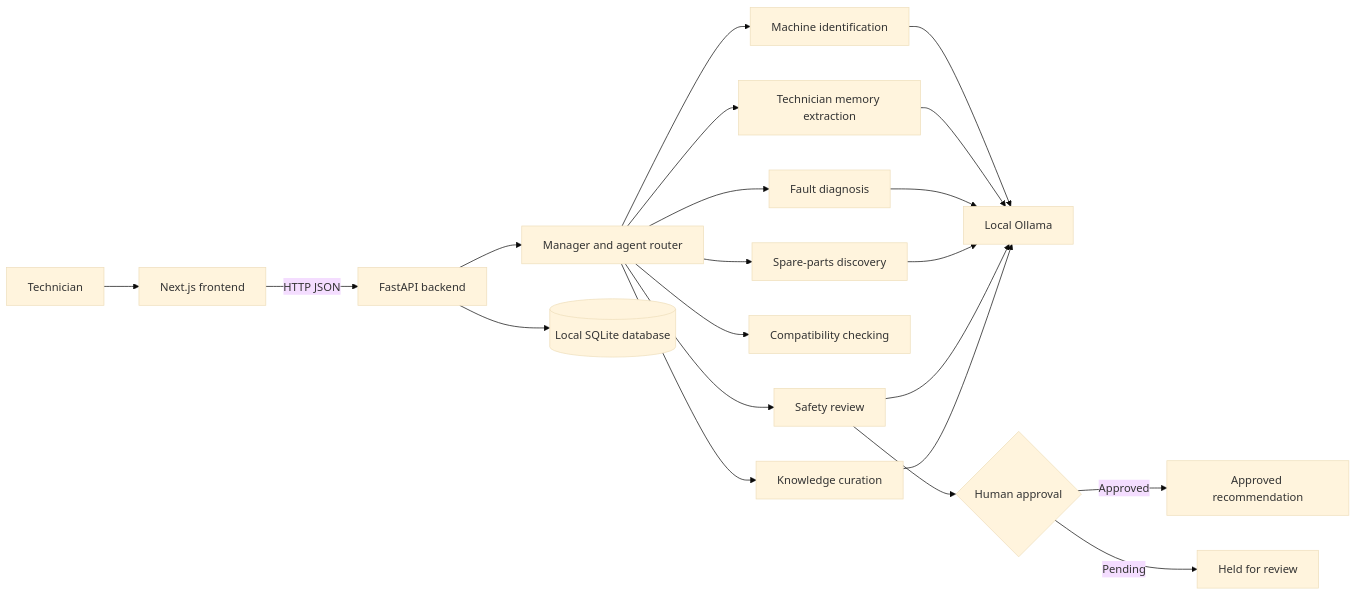
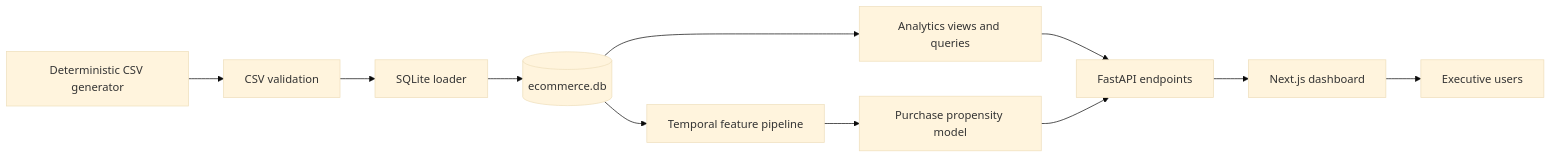
One commit to JasNahar/ecommerce-business-analytics changed the first of 2 diagrams in README.md. Above: the diagram before and after it, drawn with Mermaid (base theme). The commit also changed other lines of this file and 41 other files, not shown here.

````diff
--- a/README.md
+++ b/README.md
@@ -9,26 +13,13 @@
 ```mermaid
 flowchart LR
-    U[Technician] --> FE[Next.js frontend]
-    FE -->|HTTP JSON| API[FastAPI backend]
-    API --> M[Manager and agent router]
-
-    M --> I[Machine identification]
-    M --> T[Technician memory extraction]
-    M --> D[Fault diagnosis]
-    M --> P[Spare-parts discovery]
-    M --> C[Compatibility checking]
-    M --> S[Safety review]
-    M --> K[Knowledge curation]
-
-    I --> O[Local Ollama]
-    T --> O
-    D --> O
-    P --> O
-    S --> O
-    K --> O
-
-    API --> DB[(Local SQLite database)]
-    S --> H{Human approval}
-    H -->|Approved| R[Approved recommendation]
-    H -->|Pending| X[Held for review]
+  G[Deterministic CSV generator] --> V[CSV validation]
+  V --> L[SQLite loader]
+  L --> DB[(ecommerce.db)]
+  DB --> SQL[Analytics views and queries]
+  SQL --> API[FastAPI endpoints]
+  DB --> ML[Temporal feature pipeline]
+  ML --> M[Purchase propensity model]
+  M --> API
+  API --> UI[Next.js dashboard]
+  UI --> U[Executive users]
 ```
````
